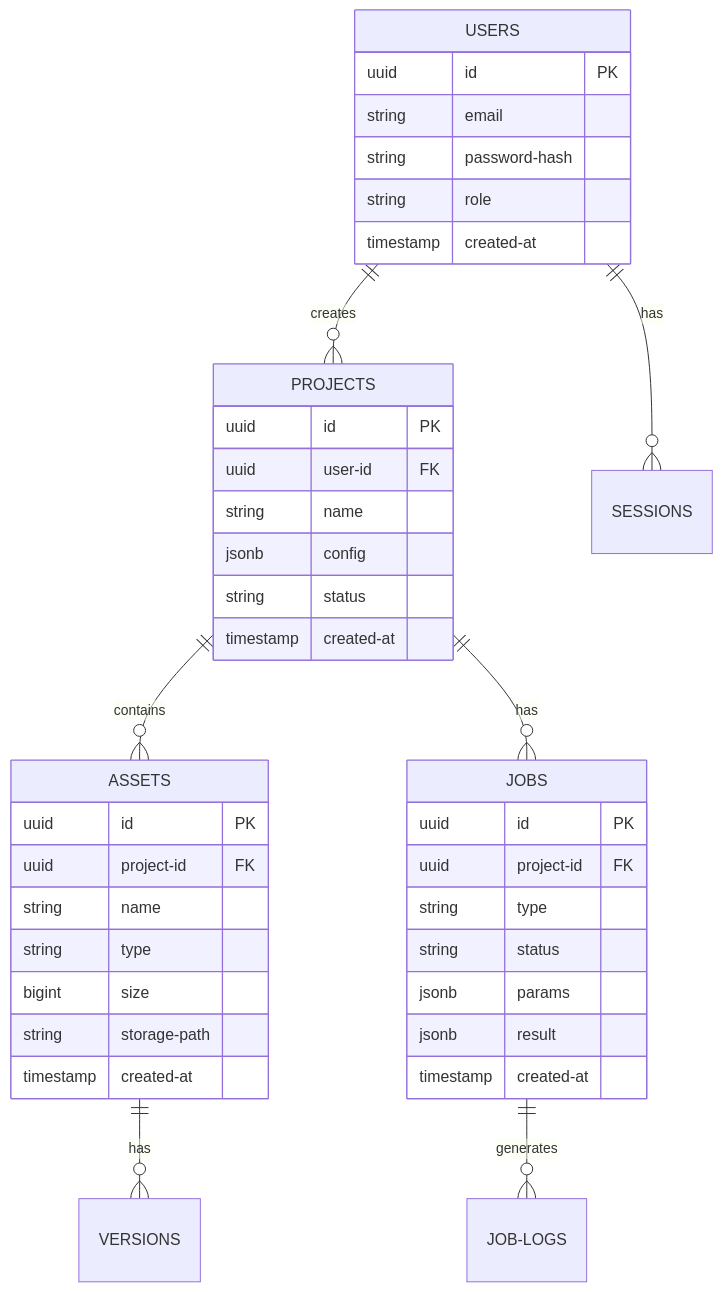
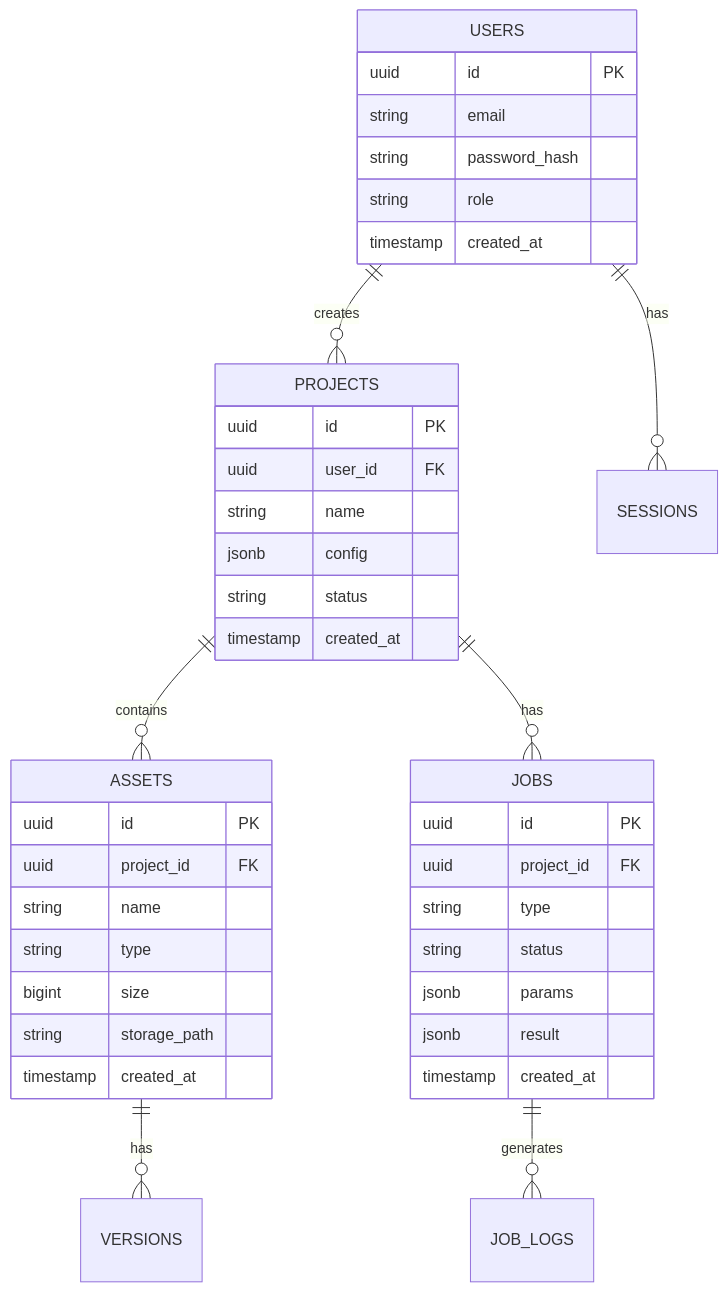
The fifth of 14 diagrams in docs/guides/developer/03-architecture.md (DreamLab-AI/VisionFlow), drawn with Mermaid before and after one commit. The commit also changed 287 other files, not shown here.

````diff
--- a/docs/guides/developer/03-architecture.md
+++ b/docs/guides/developer/03-architecture.md
@@ -240,46 +240,46 @@
 ```mermaid
 erDiagram
     USERS ||--o{ PROJECTS : creates
     USERS ||--o{ SESSIONS : has
     PROJECTS ||--o{ ASSETS : contains
     PROJECTS ||--o{ JOBS : has
     ASSETS ||--o{ VERSIONS : has
-    JOBS ||--o{ JOB-LOGS : generates
+    JOBS ||--o{ JOB_LOGS : generates
 
     USERS {
         uuid id PK
         string email
-        string password-hash
+        string password_hash
         string role
-        timestamp created-at
+        timestamp created_at
     }
 
     PROJECTS {
         uuid id PK
-        uuid user-id FK
+        uuid user_id FK
         string name
         jsonb config
         string status
-        timestamp created-at
+        timestamp created_at
     }
 
     ASSETS {
         uuid id PK
-        uuid project-id FK
+        uuid project_id FK
         string name
         string type
         bigint size
-        string storage-path
-        timestamp created-at
+        string storage_path
+        timestamp created_at
     }
 
     JOBS {
         uuid id PK
-        uuid project-id FK
+        uuid project_id FK
         string type
         string status
         jsonb params
         jsonb result
-        timestamp created-at
+        timestamp created_at
     }
 ```
````
